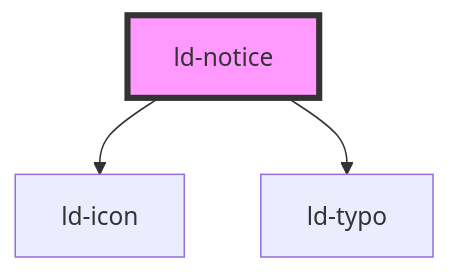
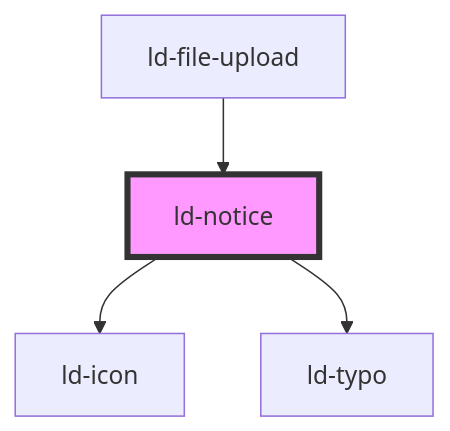
The diagram in src/liquid/components/ld-notice/readme.md (emdgroup-liquid/liquid), drawn with Mermaid before and after one commit. The commit also changed other lines of this file and 23 other files, not shown here.

````diff
--- a/src/liquid/components/ld-notice/readme.md
+++ b/src/liquid/components/ld-notice/readme.md
@@ -244,6 +248,7 @@
 ```mermaid
 graph TD;
   ld-notice --> ld-icon
   ld-notice --> ld-typo
+  ld-file-upload --> ld-notice
   style ld-notice fill:#f9f,stroke:#333,stroke-width:4px
 ```
````
